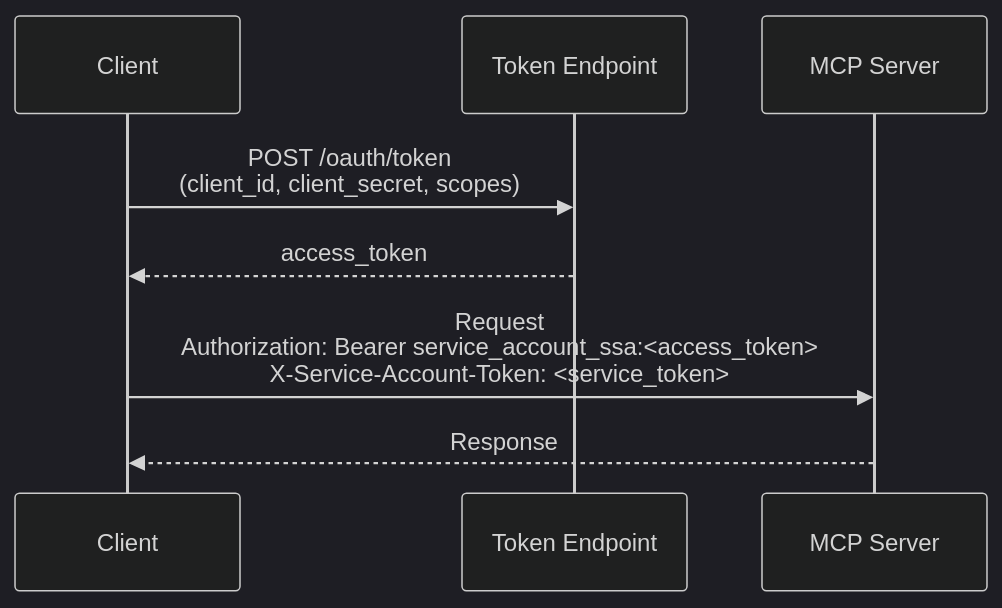
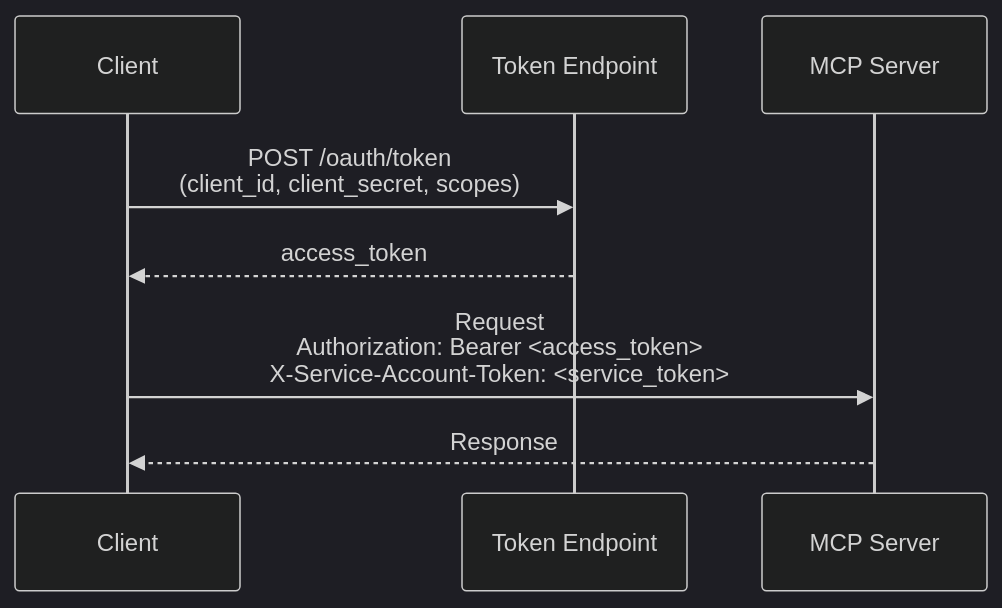
One commit to NVIDIA/NeMo-Agent-Toolkit changed the second of 2 diagrams in docs/source/workflows/mcp/mcp-service-account-auth.md. Above: the diagram before and after it, drawn with Mermaid (dark theme). The commit also changed other lines of this file and 1 other file, not shown here.

````diff
--- a/docs/source/workflows/mcp/mcp-service-account-auth.md
+++ b/docs/source/workflows/mcp/mcp-service-account-auth.md
@@ -206,11 +201,11 @@
 ```mermaid
 sequenceDiagram
     participant Client
     participant Token Endpoint
     participant MCP Server
 
     Client->>Token Endpoint: POST /oauth/token<br/>(client_id, client_secret, scopes)
     Token Endpoint-->>Client: access_token
-    Client->>MCP Server: Request<br/>Authorization: Bearer service_account_ssa:<access_token><br/>X-Service-Account-Token: <service_token>
+    Client->>MCP Server: Request<br/>Authorization: Bearer <access_token><br/>X-Service-Account-Token: <service_token>
     MCP Server-->>Client: Response
 ```
````
